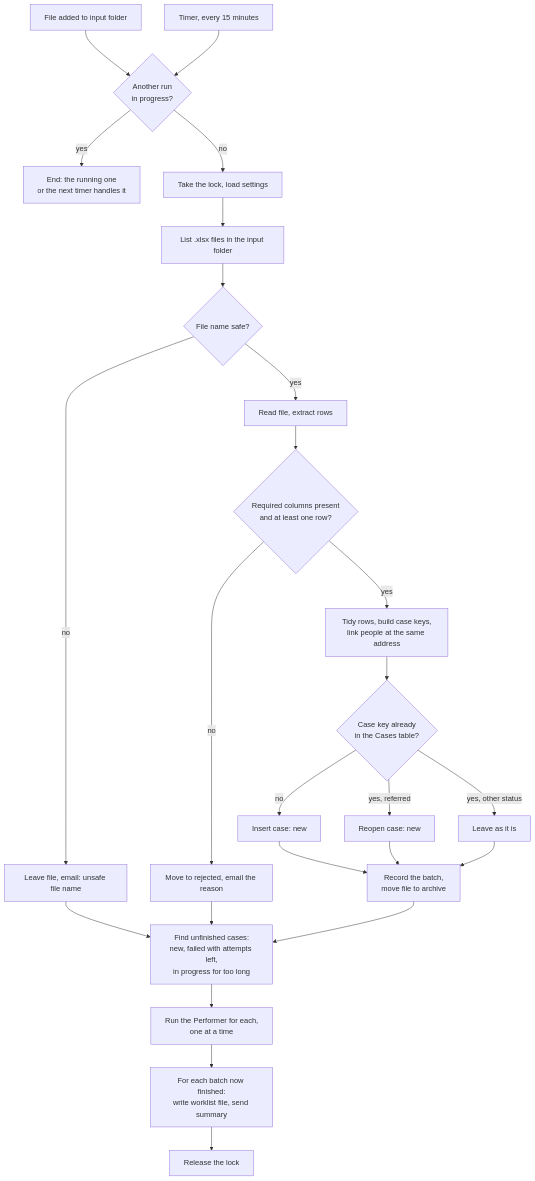
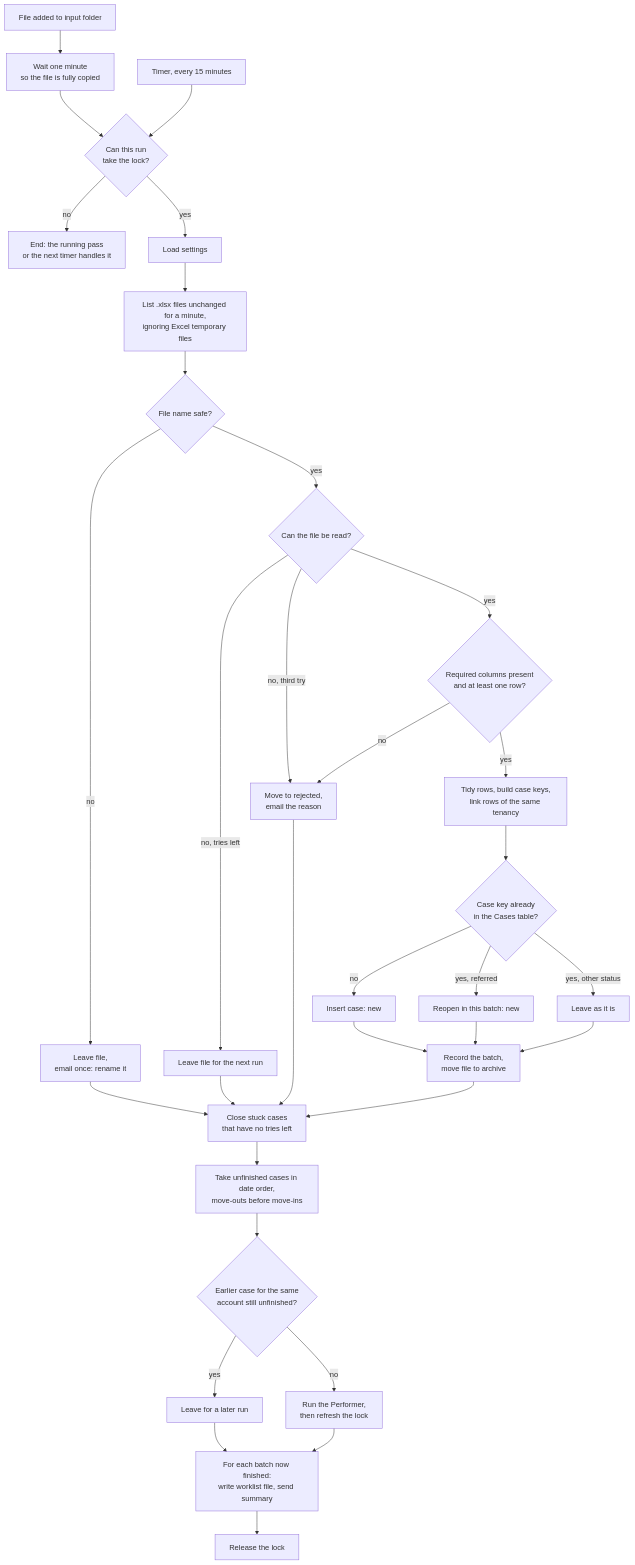
One commit to sgshaji/n8n-builder changed the second of 5 diagrams in docs/design/HARSLL-n8n-design.md. Above: the diagram before and after it, drawn with Mermaid. The commit also changed other lines of this file and 1 other file, not shown here.

````diff
--- a/docs/design/HARSLL-n8n-design.md
+++ b/docs/design/HARSLL-n8n-design.md
@@ -121,29 +129,37 @@
 ```mermaid
 flowchart TD
-    T1[File added to input folder] --> LK
+    T1[File added to input folder] --> WT[Wait one minute<br/>so the file is fully copied]
+    WT --> LK
     T2[Timer, every 15 minutes] --> LK
-    LK{Another run<br/>in progress?} -- yes --> STOP[End: the running one<br/>or the next timer handles it]
-    LK -- no --> S[Take the lock, load settings]
+    LK{Can this run<br/>take the lock?} -- no --> STOP[End: the running pass<br/>or the next timer handles it]
+    LK -- yes --> S[Load settings]
 
-    S --> LS[List .xlsx files in the input folder]
+    S --> LS[List .xlsx files unchanged for a minute,<br/>ignoring Excel temporary files]
     LS --> NM{File name safe?}
-    NM -- no --> RE1[Leave file, email: unsafe file name]
-    NM -- yes --> X[Read file, extract rows]
-    X --> V{Required columns present<br/>and at least one row?}
-    V -- no --> RJ[Move to rejected, email the reason]
-    V -- yes --> N[Tidy rows, build case keys,<br/>link people at the same address]
+    NM -- no --> RE1[Leave file,<br/>email once: rename it]
+    NM -- yes --> X{Can the file be read?}
+    X -- no, tries left --> RT[Leave file for the next run]
+    X -- no, third try --> RJ[Move to rejected,<br/>email the reason]
+    X -- yes --> V{Required columns present<br/>and at least one row?}
+    V -- no --> RJ
+    V -- yes --> N[Tidy rows, build case keys,<br/>link rows of the same tenancy]
     N --> C{Case key already<br/>in the Cases table?}
     C -- no --> I[Insert case: new]
-    C -- yes, referred --> RO[Reopen case: new]
+    C -- yes, referred --> RO[Reopen in this batch: new]
     C -- yes, other status --> SK[Leave as it is]
     I --> MV[Record the batch,<br/>move file to archive]
     RO --> MV
     SK --> MV
 
-    MV --> PR[Find unfinished cases:<br/>new, failed with attempts left,<br/>in progress for too long]
-    RE1 --> PR
-    RJ --> PR
-    PR --> PF[Run the Performer for each,<br/>one at a time]
+    MV --> ST[Close stuck cases<br/>that have no tries left]
+    RE1 --> ST
+    RT --> ST
+    RJ --> ST
+    ST --> PR[Take unfinished cases in date order,<br/>move-outs before move-ins]
+    PR --> HD{Earlier case for the same<br/>account still unfinished?}
+    HD -- yes --> HOLD[Leave for a later run]
+    HD -- no --> PF[Run the Performer,<br/>then refresh the lock]
     PF --> BT[For each batch now finished:<br/>write worklist file, send summary]
+    HOLD --> BT
     BT --> UL[Release the lock]
 ```
````
